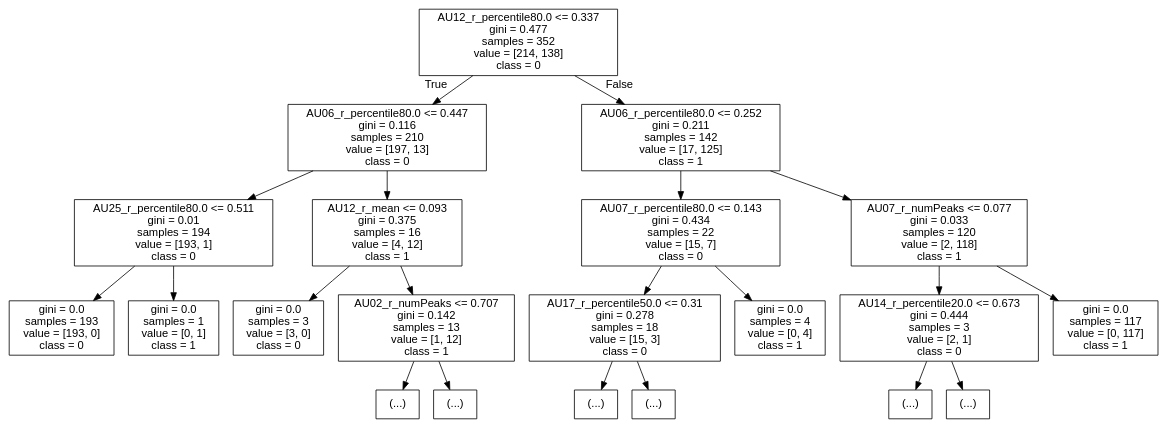
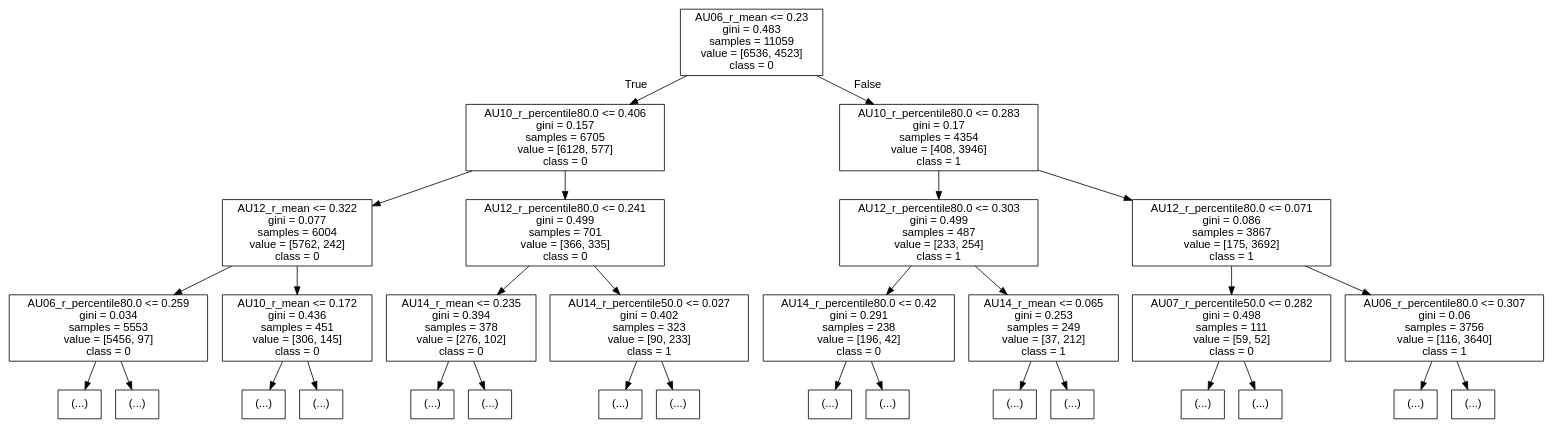
The diagram in files/out/functionals/unsupervised_learning/video/others/report_tree_kmeans_k_2_before_dim_red.dot (timlac/quan-machine-learning), drawn with Graphviz before and after one commit. The commit also changed 2 other files, not shown here.

```diff
--- a/files/out/functionals/unsupervised_learning/video/others/report_tree_kmeans_k_2_before_dim_red.dot
+++ b/files/out/functionals/unsupervised_learning/video/others/report_tree_kmeans_k_2_before_dim_red.dot
@@ -1,45 +1,65 @@
 digraph Tree {
 node [shape=box, fontname="helvetica"] ;
 edge [fontname="helvetica"] ;
-0 [label="AU12_r_percentile80.0 <= 0.337\ngini = 0.477\nsamples = 352\nvalue = [214, 138]\nclass = 0"] ;
-1 [label="AU06_r_percentile80.0 <= 0.447\ngini = 0.116\nsamples = 210\nvalue = [197, 13]\nclass = 0"] ;
+0 [label="AU06_r_mean <= 0.23\ngini = 0.483\nsamples = 11059\nvalue = [6536, 4523]\nclass = 0"] ;
+1 [label="AU10_r_percentile80.0 <= 0.406\ngini = 0.157\nsamples = 6705\nvalue = [6128, 577]\nclass = 0"] ;
 0 -> 1 [labeldistance=2.5, labelangle=45, headlabel="True"] ;
-2 [label="AU25_r_percentile80.0 <= 0.511\ngini = 0.01\nsamples = 194\nvalue = [193, 1]\nclass = 0"] ;
+2 [label="AU12_r_mean <= 0.322\ngini = 0.077\nsamples = 6004\nvalue = [5762, 242]\nclass = 0"] ;
 1 -> 2 ;
-3 [label="gini = 0.0\nsamples = 193\nvalue = [193, 0]\nclass = 0"] ;
+3 [label="AU06_r_percentile80.0 <= 0.259\ngini = 0.034\nsamples = 5553\nvalue = [5456, 97]\nclass = 0"] ;
 2 -> 3 ;
-4 [label="gini = 0.0\nsamples = 1\nvalue = [0, 1]\nclass = 1"] ;
-2 -> 4 ;
-5 [label="AU12_r_mean <= 0.093\ngini = 0.375\nsamples = 16\nvalue = [4, 12]\nclass = 1"] ;
-1 -> 5 ;
-6 [label="gini = 0.0\nsamples = 3\nvalue = [3, 0]\nclass = 0"] ;
-5 -> 6 ;
-7 [label="AU02_r_numPeaks <= 0.707\ngini = 0.142\nsamples = 13\nvalue = [1, 12]\nclass = 1"] ;
-5 -> 7 ;
-8 [label="(...)"] ;
-7 -> 8 ;
-9 [label="(...)"] ;
-7 -> 9 ;
-10 [label="AU06_r_percentile80.0 <= 0.252\ngini = 0.211\nsamples = 142\nvalue = [17, 125]\nclass = 1"] ;
-0 -> 10 [labeldistance=2.5, labelangle=-45, headlabel="False"] ;
-11 [label="AU07_r_percentile80.0 <= 0.143\ngini = 0.434\nsamples = 22\nvalue = [15, 7]\nclass = 0"] ;
-10 -> 11 ;
-12 [label="AU17_r_percentile50.0 <= 0.31\ngini = 0.278\nsamples = 18\nvalue = [15, 3]\nclass = 0"] ;
-11 -> 12 ;
-13 [label="(...)"] ;
-12 -> 13 ;
-16 [label="(...)"] ;
-12 -> 16 ;
-17 [label="gini = 0.0\nsamples = 4\nvalue = [0, 4]\nclass = 1"] ;
-11 -> 17 ;
-18 [label="AU07_r_numPeaks <= 0.077\ngini = 0.033\nsamples = 120\nvalue = [2, 118]\nclass = 1"] ;
-10 -> 18 ;
-19 [label="AU14_r_percentile20.0 <= 0.673\ngini = 0.444\nsamples = 3\nvalue = [2, 1]\nclass = 0"] ;
-18 -> 19 ;
-20 [label="(...)"] ;
-19 -> 20 ;
-21 [label="(...)"] ;
-19 -> 21 ;
-22 [label="gini = 0.0\nsamples = 117\nvalue = [0, 117]\nclass = 1"] ;
-18 -> 22 ;
+4 [label="(...)"] ;
+3 -> 4 ;
+55 [label="(...)"] ;
+3 -> 55 ;
+96 [label="AU10_r_mean <= 0.172\ngini = 0.436\nsamples = 451\nvalue = [306, 145]\nclass = 0"] ;
+2 -> 96 ;
+97 [label="(...)"] ;
+96 -> 97 ;
+120 [label="(...)"] ;
+96 -> 120 ;
+165 [label="AU12_r_percentile80.0 <= 0.241\ngini = 0.499\nsamples = 701\nvalue = [366, 335]\nclass = 0"] ;
+1 -> 165 ;
+166 [label="AU14_r_mean <= 0.235\ngini = 0.394\nsamples = 378\nvalue = [276, 102]\nclass = 0"] ;
+165 -> 166 ;
+167 [label="(...)"] ;
+166 -> 167 ;
+190 [label="(...)"] ;
+166 -> 190 ;
+219 [label="AU14_r_percentile50.0 <= 0.027\ngini = 0.402\nsamples = 323\nvalue = [90, 233]\nclass = 1"] ;
+165 -> 219 ;
+220 [label="(...)"] ;
+219 -> 220 ;
+237 [label="(...)"] ;
+219 -> 237 ;
+278 [label="AU10_r_percentile80.0 <= 0.283\ngini = 0.17\nsamples = 4354\nvalue = [408, 3946]\nclass = 1"] ;
+0 -> 278 [labeldistance=2.5, labelangle=-45, headlabel="False"] ;
+279 [label="AU12_r_percentile80.0 <= 0.303\ngini = 0.499\nsamples = 487\nvalue = [233, 254]\nclass = 1"] ;
+278 -> 279 ;
+280 [label="AU14_r_percentile80.0 <= 0.42\ngini = 0.291\nsamples = 238\nvalue = [196, 42]\nclass = 0"] ;
+279 -> 280 ;
+281 [label="(...)"] ;
+280 -> 281 ;
+312 [label="(...)"] ;
+280 -> 312 ;
+317 [label="AU14_r_mean <= 0.065\ngini = 0.253\nsamples = 249\nvalue = [37, 212]\nclass = 1"] ;
+279 -> 317 ;
+318 [label="(...)"] ;
+317 -> 318 ;
+323 [label="(...)"] ;
+317 -> 323 ;
+342 [label="AU12_r_percentile80.0 <= 0.071\ngini = 0.086\nsamples = 3867\nvalue = [175, 3692]\nclass = 1"] ;
+278 -> 342 ;
+343 [label="AU07_r_percentile50.0 <= 0.282\ngini = 0.498\nsamples = 111\nvalue = [59, 52]\nclass = 0"] ;
+342 -> 343 ;
+344 [label="(...)"] ;
+343 -> 344 ;
+349 [label="(...)"] ;
+343 -> 349 ;
+362 [label="AU06_r_percentile80.0 <= 0.307\ngini = 0.06\nsamples = 3756\nvalue = [116, 3640]\nclass = 1"] ;
+342 -> 362 ;
+363 [label="(...)"] ;
+362 -> 363 ;
+402 [label="(...)"] ;
+362 -> 402 ;
 }
```
